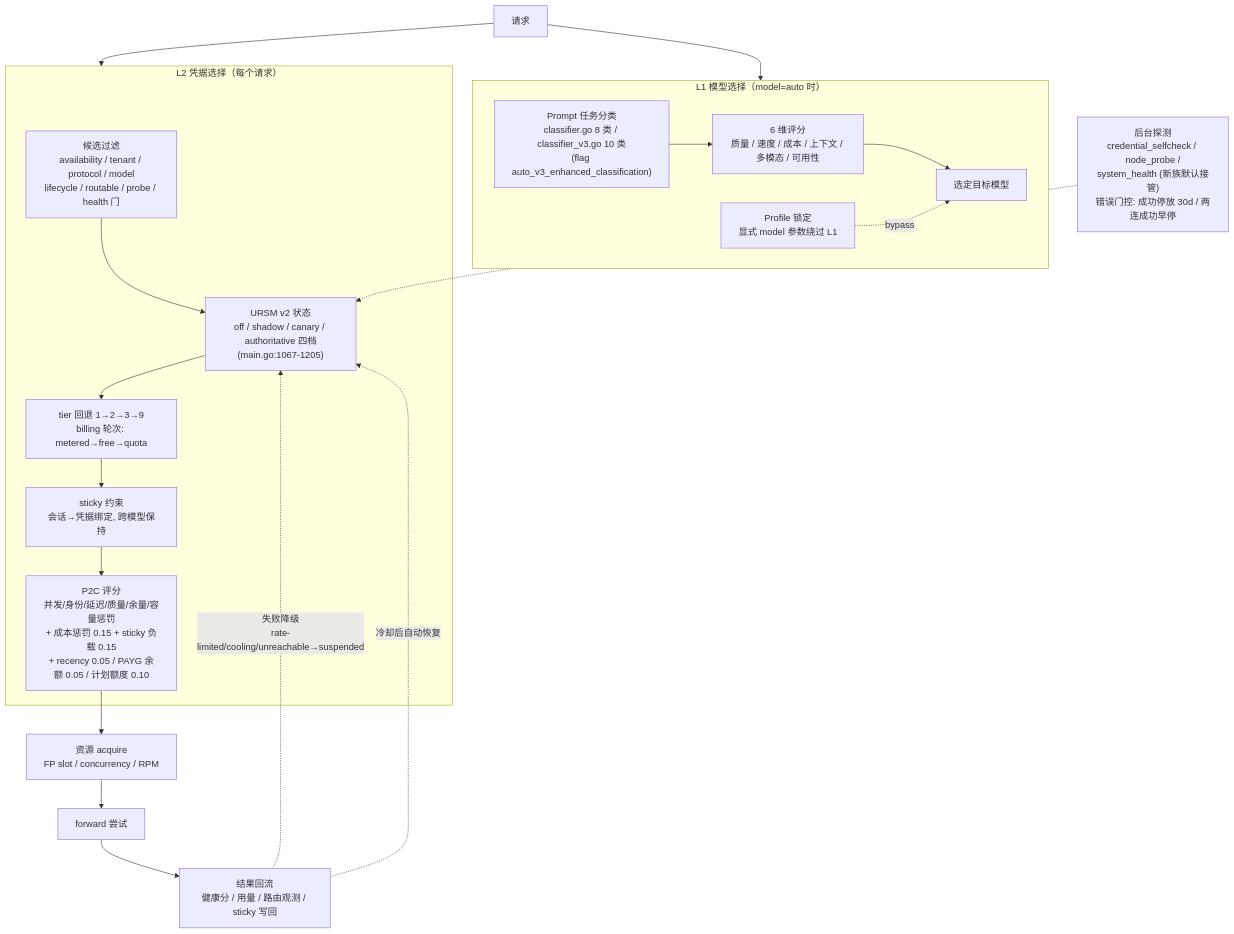
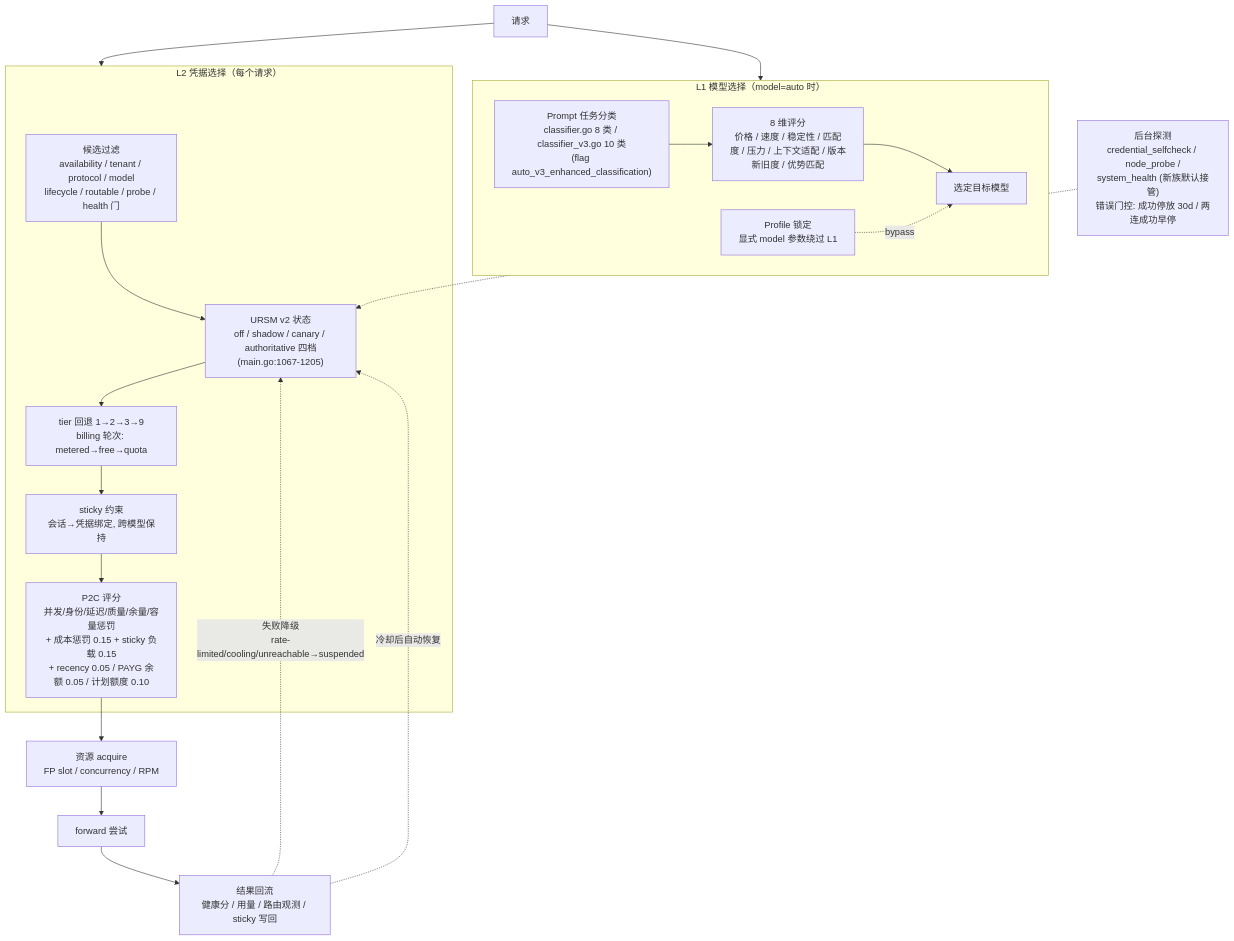
The fourth of 9 diagrams in docs/architecture-diagrams.md (halfking/ai-native-gateway-core), drawn with Mermaid before and after one commit. The commit also changed other lines of this file and 1609 other files, not shown here.

````diff
--- a/docs/architecture-diagrams.md
+++ b/docs/architecture-diagrams.md
@@ -159,29 +159,29 @@
 ```mermaid
 graph TB
     subgraph L1["L1 模型选择（model=auto 时）"]
         CLS["Prompt 任务分类<br/>classifier.go 8 类 / classifier_v3.go 10 类<br/>(flag auto_v3_enhanced_classification)"]
-        SCORE6["6 维评分<br/>质量 / 速度 / 成本 / 上下文 / 多模态 / 可用性"]
+        SCORE8["8 维评分<br/>价格 / 速度 / 稳定性 / 匹配度 / 压力 / 上下文适配 / 版本新旧度 / 优势匹配"]
         LOCK["Profile 锁定<br/>显式 model 参数绕过 L1"]
-        CLS --> SCORE6 --> PICK["选定目标模型"]
+        CLS --> SCORE8 --> PICK["选定目标模型"]
         LOCK -.->|"bypass"| PICK
     end
 
     subgraph L2["L2 凭据选择（每个请求）"]
         FILTER["候选过滤<br/>availability / tenant / protocol / model<br/>lifecycle / routable / probe / health 门"]
         URSMS["URSM v2 状态<br/>off / shadow / canary / authoritative 四档<br/>(main.go:1067-1205)"]
         TIER["tier 回退 1→2→3→9<br/>billing 轮次: metered→free→quota"]
         STICKYIN["sticky 约束<br/>会话→凭据绑定, 跨模型保持"]
         P2CS["P2C 评分<br/>并发/身份/延迟/质量/余量/容量惩罚<br/>+ 成本惩罚 0.15 + sticky 负载 0.15<br/>+ recency 0.05 / PAYG 余额 0.05 / 计划额度 0.10"]
         FILTER --> URSMS --> TIER --> STICKYIN --> P2CS
     end
 
     REQ["请求"] --> L1
     REQ --> L2
     P2CS --> ACQ["资源 acquire<br/>FP slot / concurrency / RPM"]
     ACQ --> FWD["forward 尝试"]
     FWD --> OUTCOME["结果回流<br/>健康分 / 用量 / 路由观测 / sticky 写回"]
     OUTCOME -.->|"失败降级<br/>rate-limited/cooling/unreachable→suspended"| URSMS
     OUTCOME -.->|"冷却后自动恢复"| URSMS
 
     PROBE["后台探测<br/>credential_selfcheck / node_probe /<br/>system_health (新族默认接管)<br/>错误门控: 成功停放 30d / 两连成功早停"] -.-> URSMS
 ```
````
